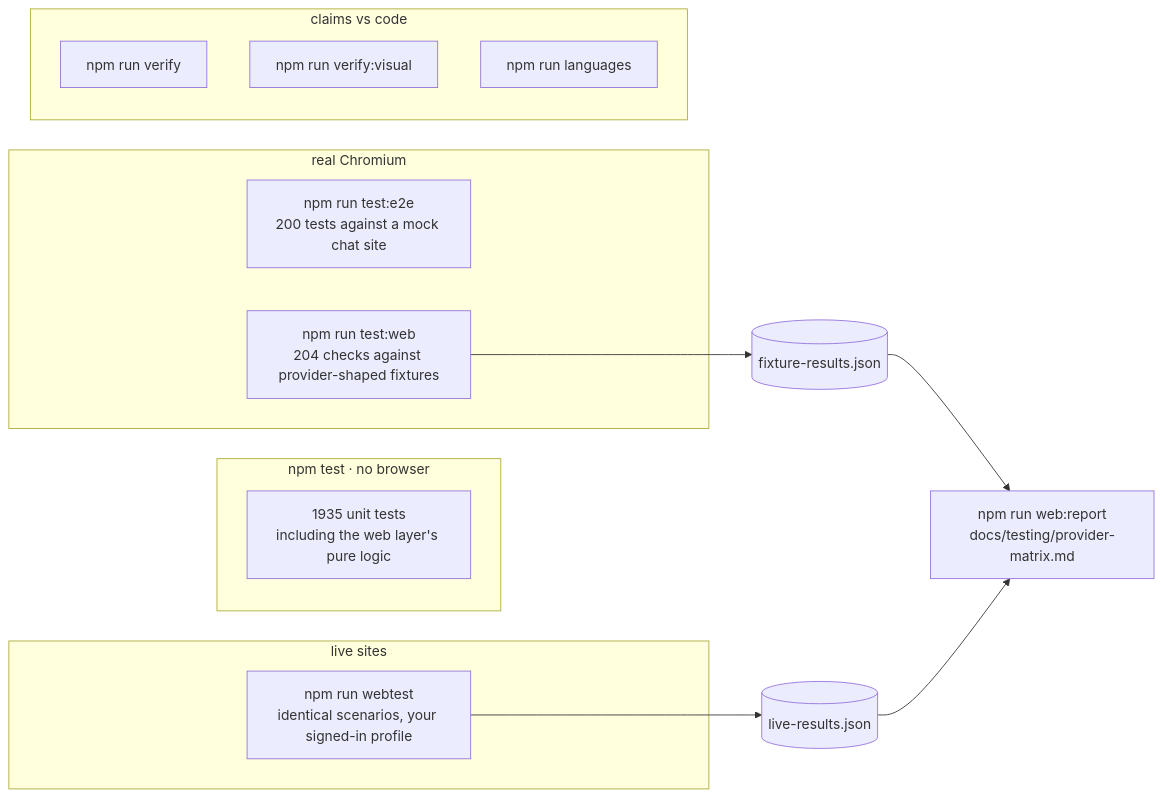
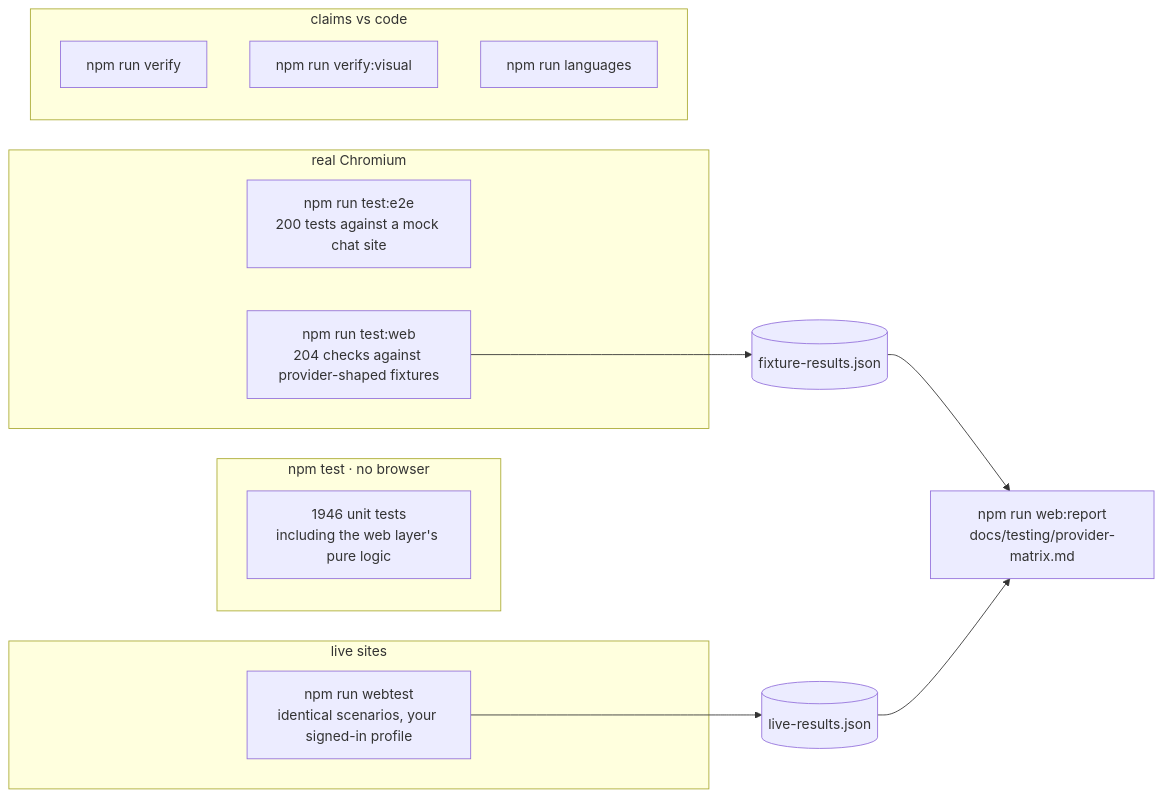
The eighth of 9 diagrams in README.md (siddarth1872004/CloseNI), drawn with Mermaid before and after one commit. The commit also changed other lines of this file and 2 other files, not shown here.

Commit message:
Count the new unit tests, and say which keyring a tiling desktop gets

````diff
--- a/README.md
+++ b/README.md
@@ -593,21 +593,21 @@
 ```mermaid
 flowchart LR
     subgraph unit["npm test · no browser"]
-        U1["1935 unit tests<br/>including the web layer's pure logic"]
+        U1["1946 unit tests<br/>including the web layer's pure logic"]
     end
     subgraph browser["real Chromium"]
         E2E["npm run test:e2e<br/>200 tests against a mock chat site"]
         WEB["npm run test:web<br/>204 checks against provider-shaped fixtures"]
     end
     subgraph live["live sites"]
         WT["npm run webtest<br/>identical scenarios, your signed-in profile"]
     end
     subgraph meta["claims vs code"]
         VF["npm run verify"]
         VV["npm run verify:visual"]
         LG["npm run languages"]
     end
     WEB --> FR[("fixture-results.json")]
     WT --> LR[("live-results.json")]
     FR & LR --> REP["npm run web:report<br/>docs/testing/provider-matrix.md"]
 ```
````
